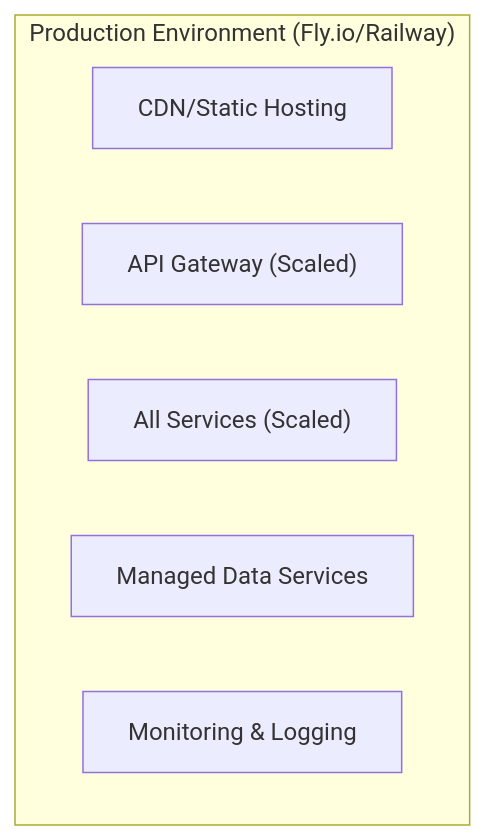
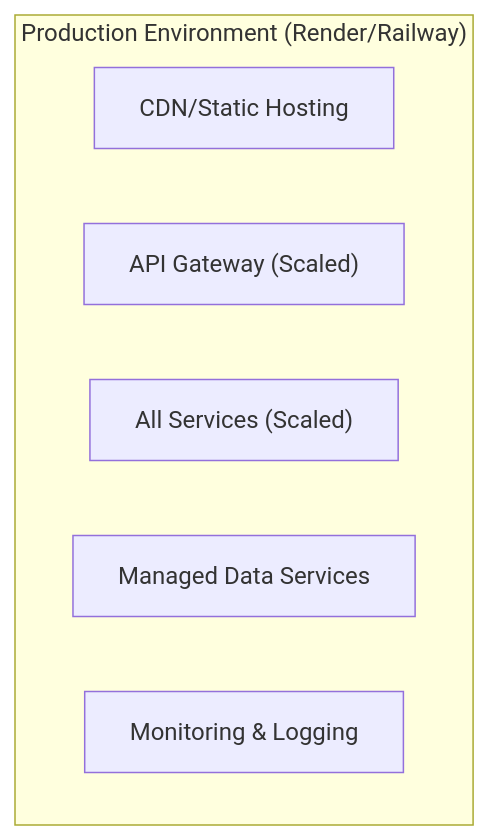
Before and after one commit to dut-pbl6-2026/job-platform-docs: the seventh of 11 diagrams in docs/srs/en/8-system-architecture.md, drawn with Mermaid. The commit also changed other lines of this file and 11 other files, not shown here.

First line of the commit message:
docs: PBL6-16 backlog 1-2-3 + Fly→Render jp-* + 6 PG strict (#6)

````diff
--- a/docs/srs/en/8-system-architecture.md
+++ b/docs/srs/en/8-system-architecture.md
@@ -390,10 +390,10 @@
 ```mermaid
 flowchart TB
-    subgraph Production["Production Environment (Fly.io/Railway)"]
+    subgraph Production["Production Environment (Render/Railway)"]
         CDN["CDN/Static Hosting"]
         Gateway["API Gateway (Scaled)"]
         Services["All Services (Scaled)"]
         Data["Managed Data Services"]
         Monitor["Monitoring & Logging"]
     end
 ```
````
